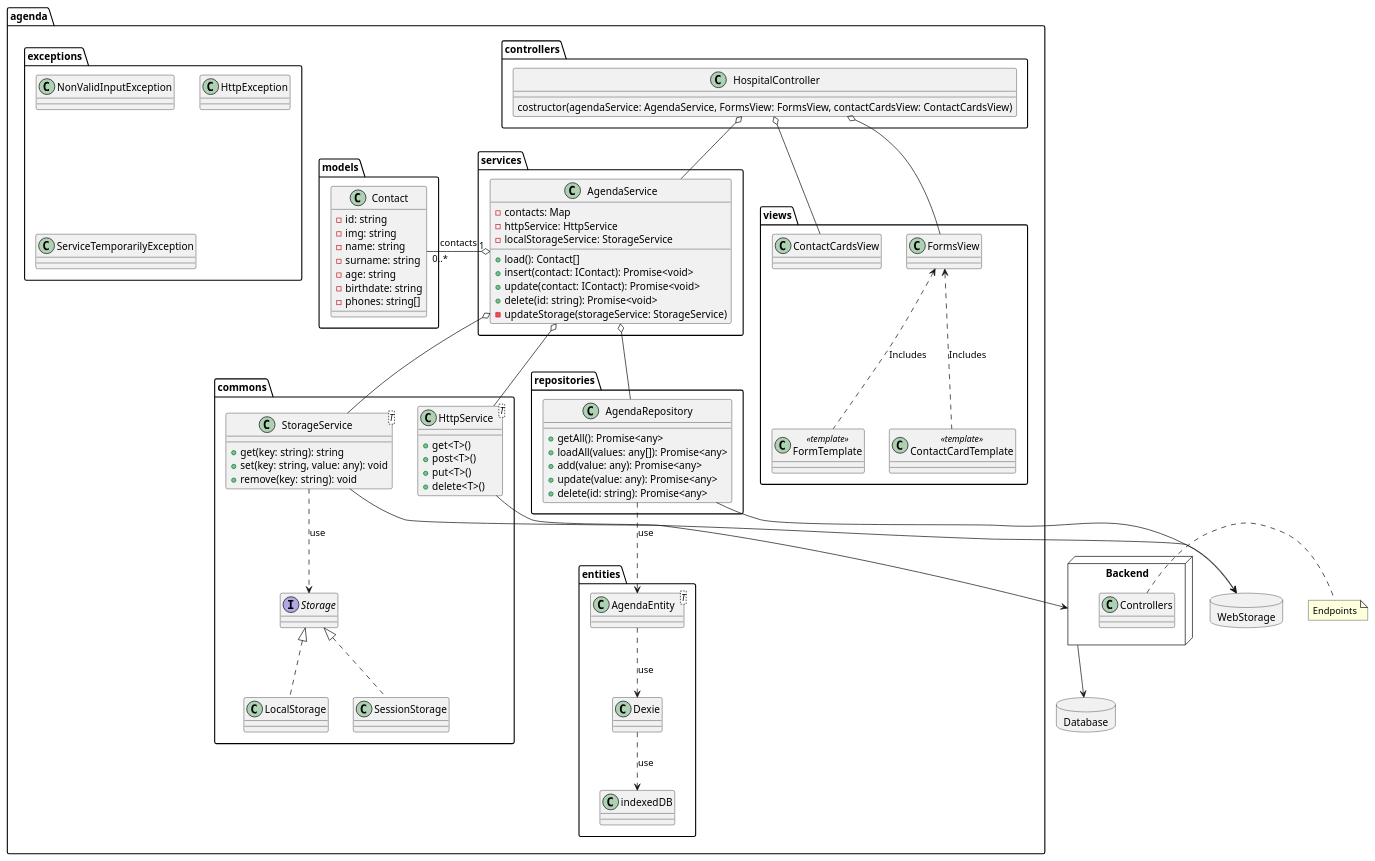
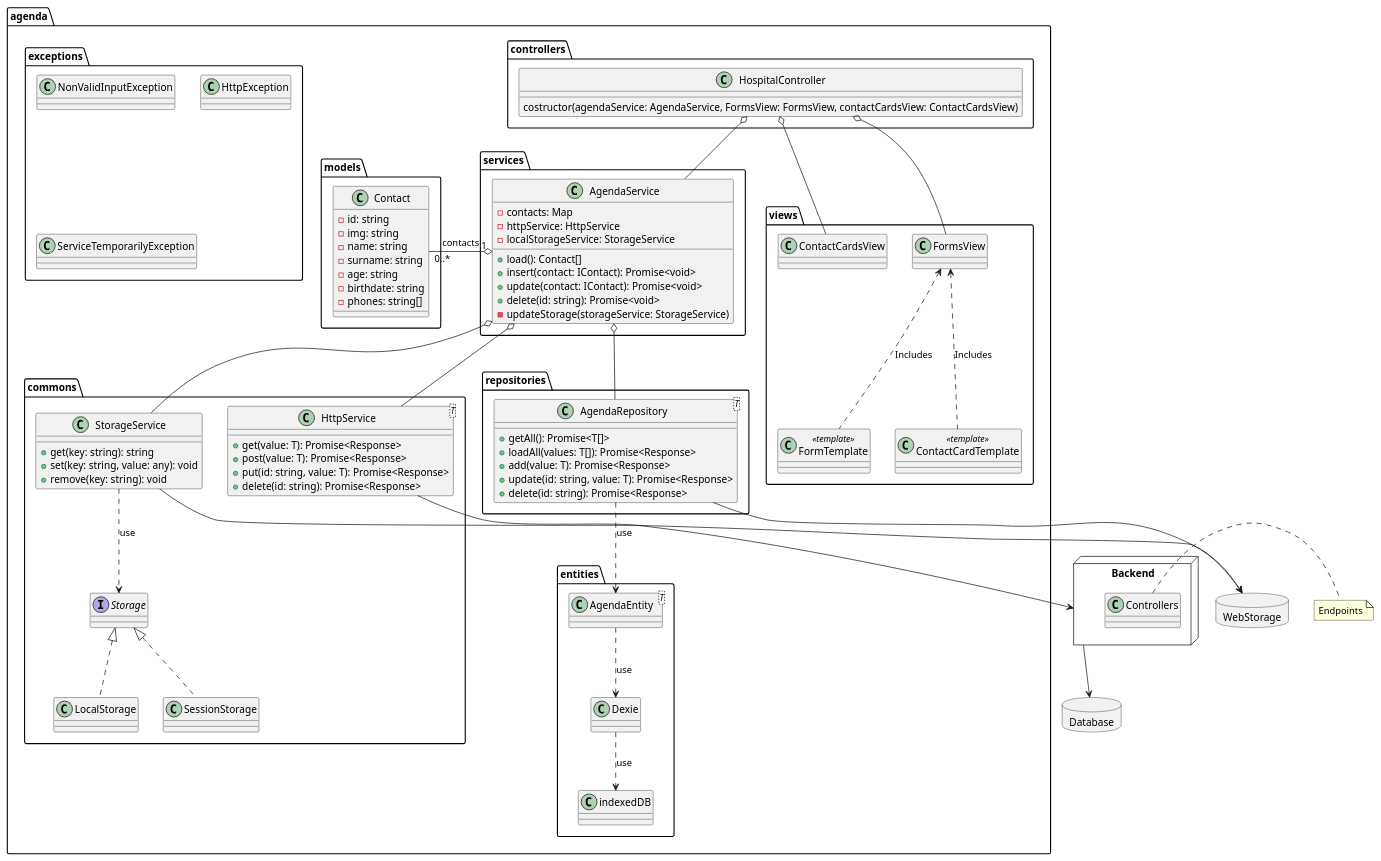
One commit to raulwwq0/Agenda-TypeScript changed the diagram in docs/uml/agenda.puml. Above: the diagram before and after it, drawn with PlantUML.

Commit message:
docs: generics in uml

```diff
--- a/docs/uml/agenda.puml
+++ b/docs/uml/agenda.puml
@@ -1,128 +1,128 @@
 @startuml Agenda
 
 package Database <<Database>> {
 
 }
 node Backend {
     class Controllers{}
 }
 note right: Endpoints
 
 Backend --> Database
 
 package agenda {
 
 
     package commons {
 
         class HttpService<T>{
-            + get<T>()
-            + post<T>()
-            + put<T>()
-            + delete<T>()
+            + get(value: T): Promise<Response>
+            + post(value: T): Promise<Response>
+            + put(id: string, value: T): Promise<Response>
+            + delete(id: string): Promise<Response>
         }
 
-        class StorageService<T> {
+        class StorageService {
             + get(key: string): string
             + set(key: string, value: any): void
             + remove(key: string): void
         }
 
         interface Storage {}
 
         class LocalStorage implements Storage {}
         class SessionStorage implements Storage {}
 
         StorageService -[dashed]-> Storage: "use"
 
     }
 
     package services {
         class AgendaService {
 
             - contacts: Map
             - httpService: HttpService
             - localStorageService: StorageService
             + load(): Contact[]
             + insert(contact: IContact): Promise<void>
             + update(contact: IContact): Promise<void>
             + delete(id: string): Promise<void>
             - updateStorage(storageService: StorageService)
         }
 
         AgendaService o-- HttpService
         AgendaService o-- StorageService
     }
 
 
     package views {
         class ContactCardsView{}
         class FormsView{}
         class FormTemplate<<template>> {}
         class ContactCardTemplate<<template>> {}
 
         FormsView <.. FormTemplate: "Includes"
         FormsView <.. ContactCardTemplate: "Includes"
     }
     package controllers {
         class HospitalController {
             costructor(agendaService: AgendaService, FormsView: FormsView, contactCardsView: ContactCardsView)
 
         }
 
         HospitalController o-- AgendaService
         HospitalController o-- FormsView
         HospitalController o-- ContactCardsView
     }
     package models {
 
 
         class Contact {
             - id: string
             - img: string
             - name: string
             - surname: string
             - age: string
             - birthdate: string
             - phones: string[]
         }
 
 
         AgendaService "1" o- "0..*" Contact : contacts
     }
     package exceptions {
         class NonValidInputException{}
         class HttpException{}
         class ServiceTemporarilyException{}
     }
 
     package entities {
         class AgendaEntity<T>{}
 
         AgendaEntity -[dashed]-> Dexie: "use"
         Dexie -[dashed]-> indexedDB: "use"
     }
 
     package repositories {
-        class AgendaRepository{
-            + getAll(): Promise<any>
-            + loadAll(values: any[]): Promise<any>
-            + add(value: any): Promise<any>
-            + update(value: any): Promise<any>
-            + delete(id: string): Promise<any>
+        class AgendaRepository<T>{
+            + getAll(): Promise<T[]>
+            + loadAll(values: T[]): Promise<Response>
+            + add(value: T): Promise<Response>
+            + update(id: string, value: T): Promise<Response>
+            + delete(id: string): Promise<Response>
         }
 
         AgendaRepository -[dashed]-> AgendaEntity: "use"
         AgendaService o-- AgendaRepository
     }
 
 }
 
 package WebStorage <<Database>> {
 
 }
 
 AgendaRepository --> WebStorage
 StorageService --> WebStorage
 HttpService --> Backend
 @enduml
```
